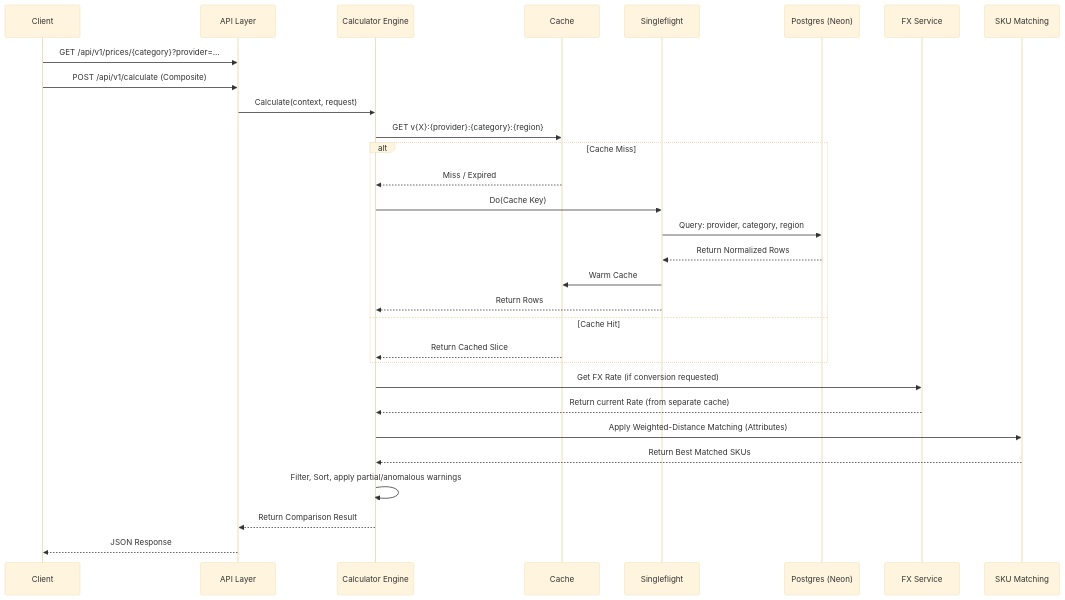
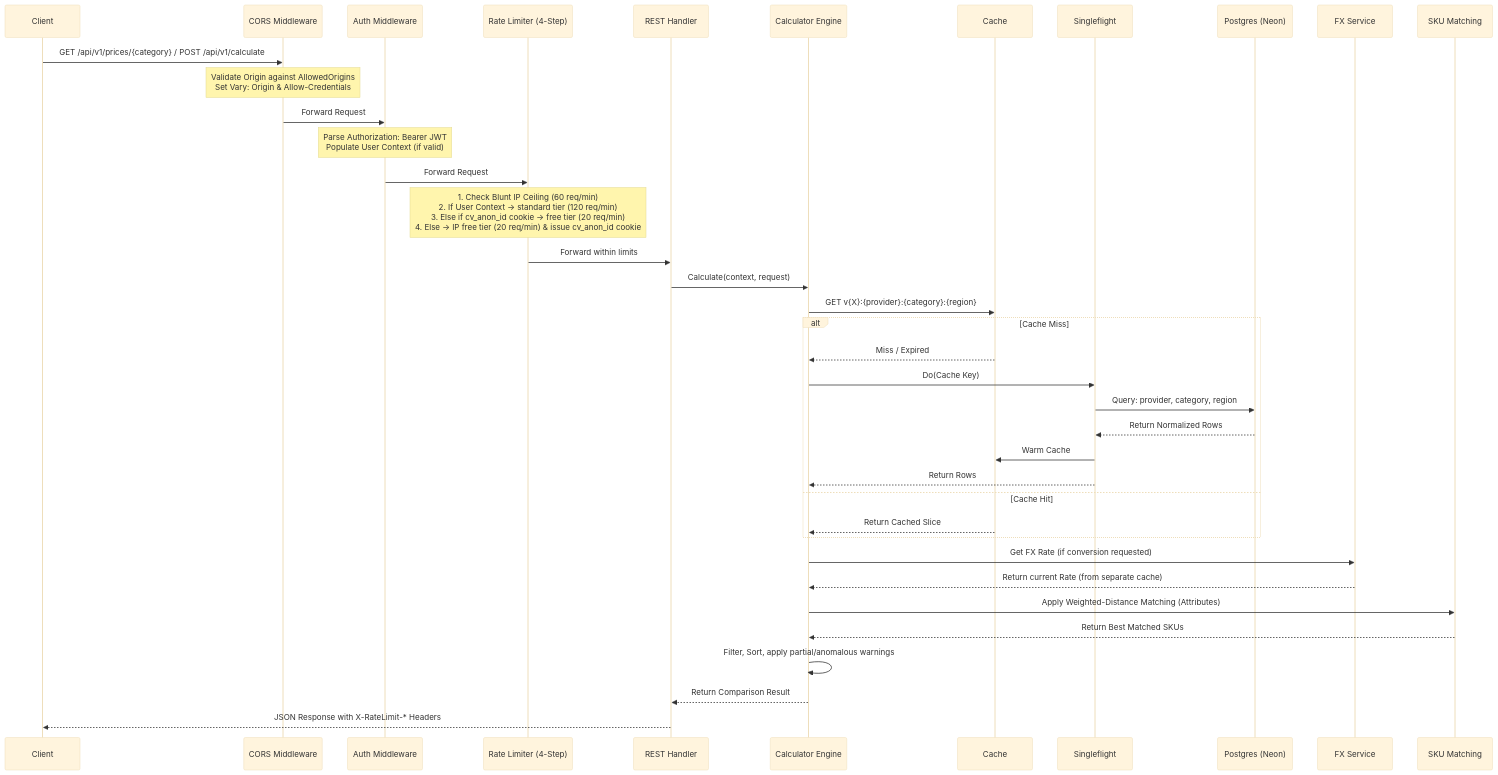
Before and after one commit to thatengineerguy21/cloudvitta: the diagram in docs/diagrams/04-calculator-request-lifecycle.md, drawn with Mermaid (base theme). The commit also changed other lines of this file and 18 other files, not shown here.

First line of the commit message:
feat(middleware): implement 4-step tiered rate limiting and revised CORS policy

````diff
--- a/docs/diagrams/04-calculator-request-lifecycle.md
+++ b/docs/diagrams/04-calculator-request-lifecycle.md
@@ -3,41 +7,52 @@
 ```mermaid
 sequenceDiagram
     participant Client
-    participant HTTP as API Layer
+    participant CORS as CORS Middleware
+    participant AuthMW as Auth Middleware
+    participant RateLimit as Rate Limiter (4-Step)
+    participant HTTP as REST Handler
     participant Calc as Calculator Engine
     participant Redis as Cache
     participant SF as Singleflight
     participant DB as Postgres (Neon)
     participant FX as FX Service
     participant Match as SKU Matching
 
-    Client->>HTTP: GET /api/v1/prices/{category}?provider=...
-    Client->>HTTP: POST /api/v1/calculate (Composite)
+    Client->>CORS: GET /api/v1/prices/{category} / POST /api/v1/calculate
+    Note over CORS: Validate Origin against AllowedOrigins<br/>Set Vary: Origin & Allow-Credentials
+    
+    CORS->>AuthMW: Forward Request
+    Note over AuthMW: Parse Authorization: Bearer JWT<br/>Populate User Context (if valid)
+    
+    AuthMW->>RateLimit: Forward Request
+    Note over RateLimit: 1. Check Blunt IP Ceiling (60 req/min)<br/>2. If User Context -> standard tier (120 req/min)<br/>3. Else if cv_anon_id cookie -> free tier (20 req/min)<br/>4. Else -> IP free tier (20 req/min) & issue cv_anon_id cookie
+    
+    RateLimit->>HTTP: Forward within limits
     HTTP->>Calc: Calculate(context, request)
     
     %% Caching and DB Access
     Calc->>Redis: GET v{X}:{provider}:{category}:{region}
     
     alt Cache Miss
         Redis-->>Calc: Miss / Expired
         Calc->>SF: Do(Cache Key)
         SF->>DB: Query: provider, category, region
         DB-->>SF: Return Normalized Rows
         SF->>Redis: Warm Cache
         SF-->>Calc: Return Rows
     else Cache Hit
         Redis-->>Calc: Return Cached Slice
     end
 
     %% Processing
     Calc->>FX: Get FX Rate (if conversion requested)
     FX-->>Calc: Return current Rate (from separate cache)
     
     Calc->>Match: Apply Weighted-Distance Matching (Attributes)
     Match-->>Calc: Return Best Matched SKUs
     
     Calc->>Calc: Filter, Sort, apply partial/anomalous warnings
     
     Calc-->>HTTP: Return Comparison Result
-    HTTP-->>Client: JSON Response
+    HTTP-->>Client: JSON Response with X-RateLimit-* Headers
 ```
````
